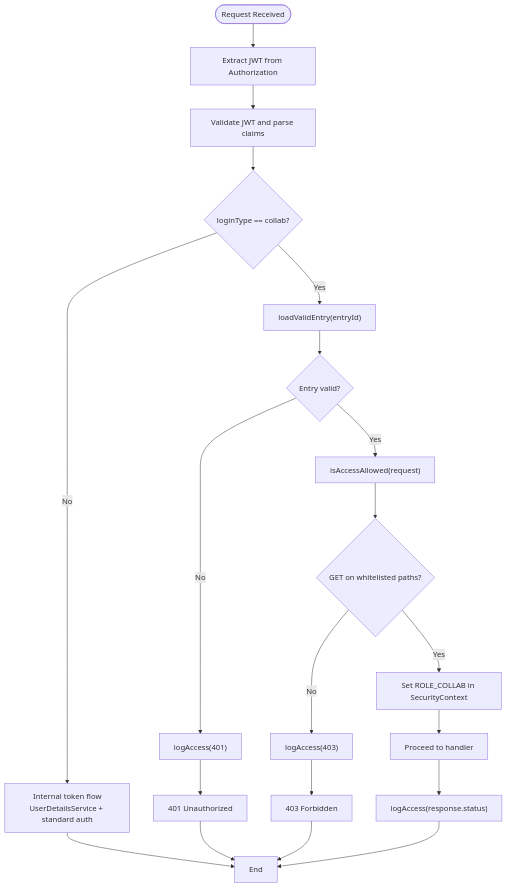
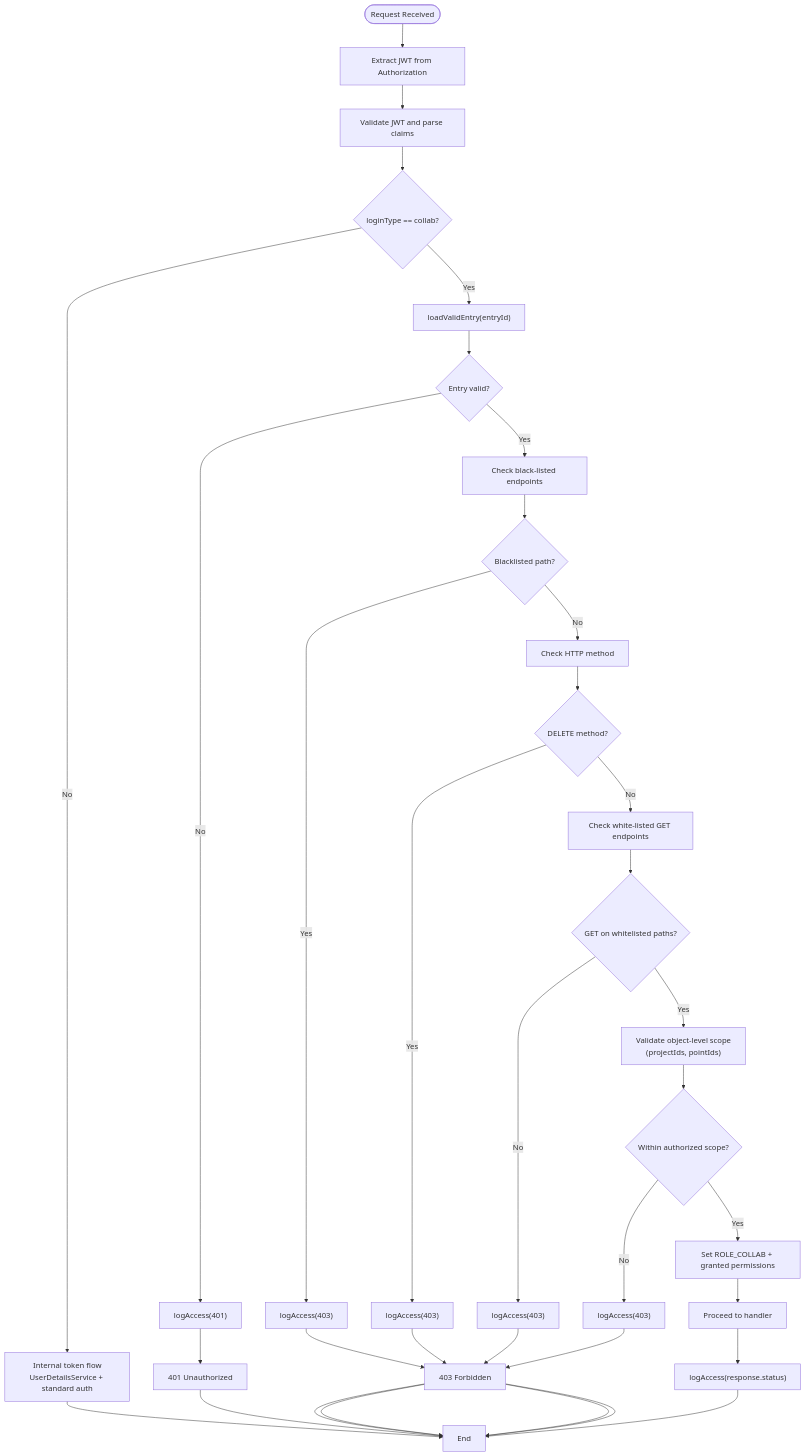
The third of 6 diagrams in .qoder/repowiki/en/content/Authentication & Authorization/Collaboration Tokens.md (bo961386926/Survey-App), drawn with Mermaid before and after one commit. The commit also changed other lines of this file and 25 other files, not shown here.

````diff
--- a/.qoder/repowiki/en/content/Authentication & Authorization/Collaboration Tokens.md
+++ b/.qoder/repowiki/en/content/Authentication & Authorization/Collaboration Tokens.md
@@ -172,14 +193,23 @@
 ```mermaid
 flowchart TD
 Start(["Request Received"]) --> GetToken["Extract JWT from Authorization"]
 GetToken --> Validate["Validate JWT and parse claims"]
 Validate --> IsCollab{"loginType == collab?"}
 IsCollab --> |No| InternalFlow["Internal token flow<br/>UserDetailsService + standard auth"] --> End
 IsCollab --> |Yes| LoadEntry["loadValidEntry(entryId)"]
 LoadEntry --> EntryOK{"Entry valid?"}
 EntryOK --> |No| LogFail["logAccess(401)"] --> Respond401["401 Unauthorized"] --> End
-EntryOK --> |Yes| CheckAccess["isAccessAllowed(request)"]
-CheckAccess --> Allowed{"GET on whitelisted paths?"}
-Allowed --> |No| LogDeny["logAccess(403)"] --> Respond403["403 Forbidden"] --> End
-Allowed --> |Yes| SetAuth["Set ROLE_COLLAB in SecurityContext"] --> Next["Proceed to handler"] --> LogSuccess["logAccess(response.status)"] --> End
+EntryOK --> |Yes| CheckBlacklist["Check black-listed endpoints"]
+CheckBlacklist --> Blacklisted{"Blacklisted path?"}
+Blacklisted --> |Yes| LogDeny["logAccess(403)"] --> Respond403["403 Forbidden"] --> End
+Blacklisted --> |No| CheckMethod["Check HTTP method"]
+CheckMethod --> DeleteMethod{"DELETE method?"}
+DeleteMethod --> |Yes| LogDeny2["logAccess(403)"] --> Respond403 --> End
+DeleteMethod --> |No| CheckWhitelist["Check white-listed GET endpoints"]
+CheckWhitelist --> Whitelisted{"GET on whitelisted paths?"}
+Whitelisted --> |No| LogDeny3["logAccess(403)"] --> Respond403 --> End
+Whitelisted --> |Yes| CheckScope["Validate object-level scope<br/>(projectIds, pointIds)"]
+CheckScope --> Allowed{"Within authorized scope?"}
+Allowed --> |No| LogDeny4["logAccess(403)"] --> Respond403 --> End
+Allowed --> |Yes| SetAuth["Set ROLE_COLLAB + granted permissions"] --> Next["Proceed to handler"] --> LogSuccess["logAccess(response.status)"] --> End
 ```
````
